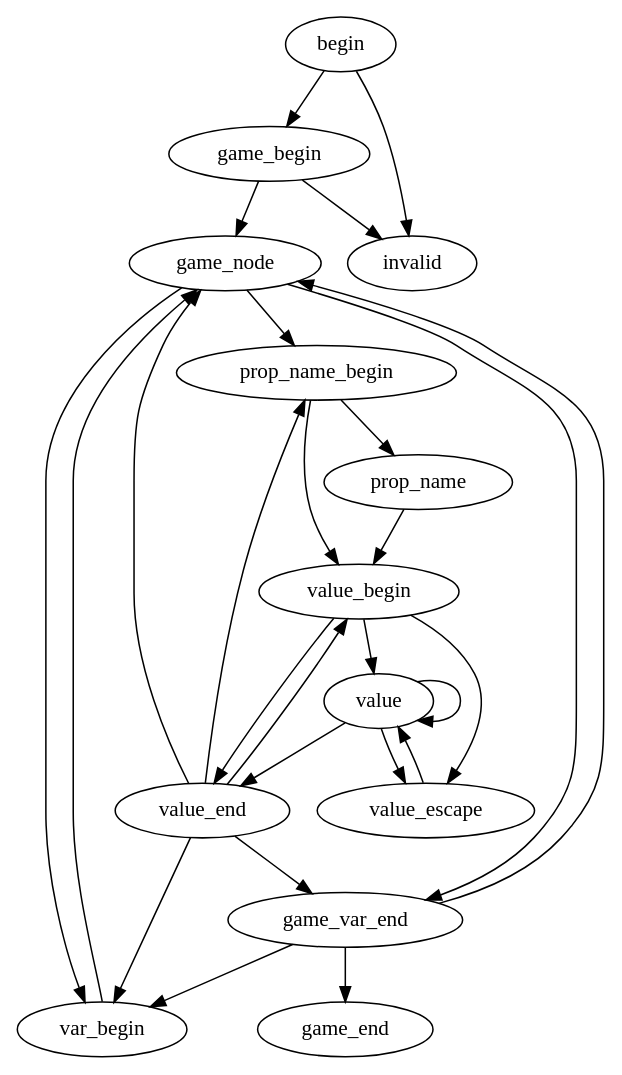
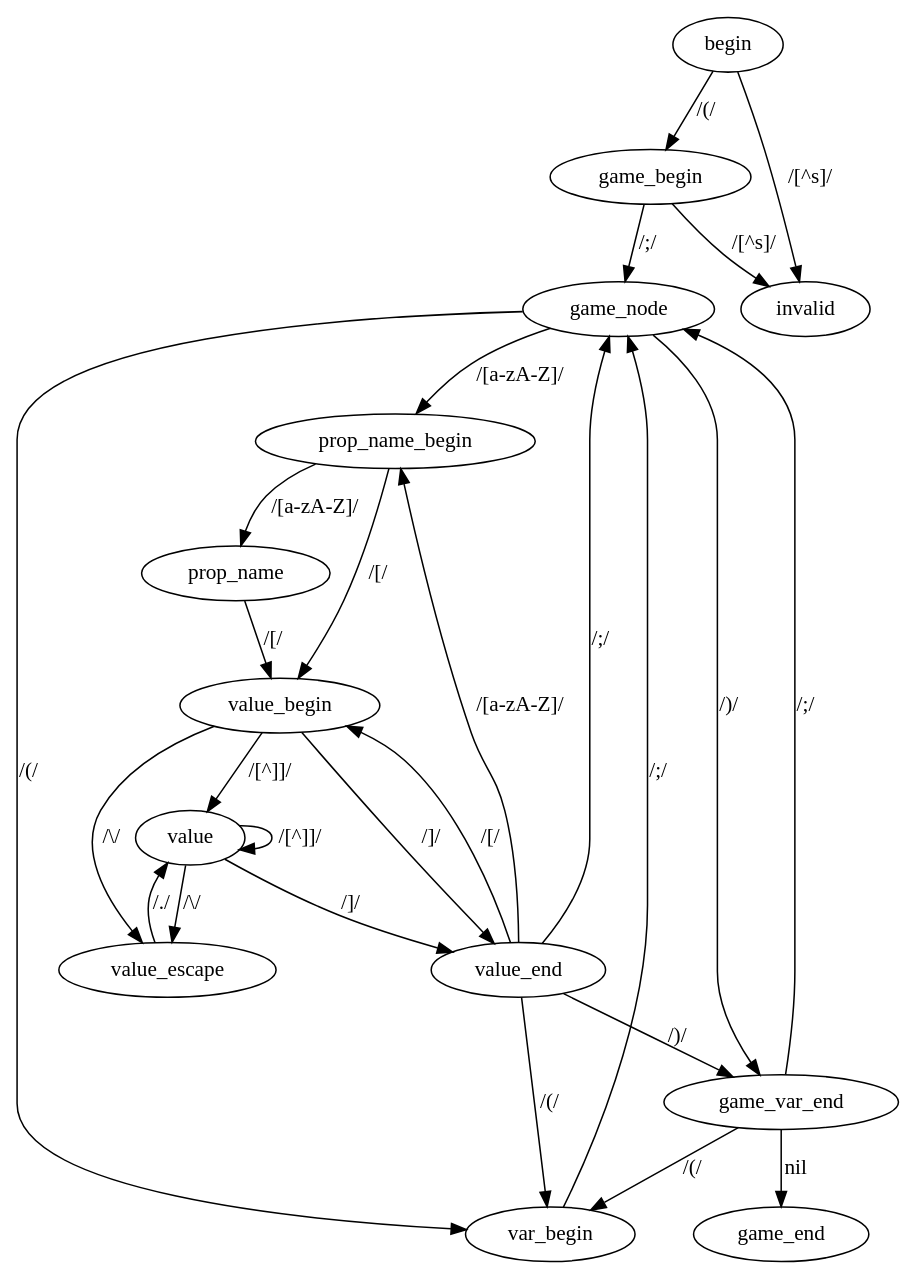
Before and after one commit to gcao/sgf_parser: the diagram in doc/sgf_state_machine.dot, drawn with Graphviz. The commit also changed 2 other files, not shown here.

```diff
--- a/doc/sgf_state_machine.dot
+++ b/doc/sgf_state_machine.dot
@@ -1,42 +1,41 @@
 digraph SGF_STATE_MACHINE {
-begin[];
+begin[rank = 0];
 value_end[];
 game_node[];
-value_end -> game_node[];
-var_begin[];
-value_end -> var_begin[];
+value_end -> game_node[label="/;/"];
+var_begin[rank = 2];
+value_end -> var_begin[label="/\(/"];
 prop_name_begin[];
-value_end -> prop_name_begin[];
+value_end -> prop_name_begin[label="/[a-zA-Z]/"];
 value_begin[];
-value_end -> value_begin[];
+value_end -> value_begin[label="/\[/"];
 game_var_end[];
-value_end -> game_var_end[];
-game_var_end -> game_node[];
-game_var_end -> var_begin[];
-game_end[];
-game_var_end -> game_end[];
+value_end -> game_var_end[label="/\)/"];
+game_var_end -> game_node[label="/;/"];
+game_var_end -> var_begin[label="/\(/"];
+game_end[rank = 100];
+game_var_end -> game_end[label="nil"];
 value[];
-value_begin -> value[];
+value_begin -> value[label="/[^\]]/"];
 value_escape[];
-value_begin -> value_escape[];
-value_begin -> value_end[];
-value -> value_escape[];
-value -> value[];
-value -> value_end[];
-game_node -> var_begin[];
-game_node -> prop_name_begin[];
-game_node -> game_var_end[];
-begin[];
-game_begin[];
-begin -> game_begin[];
-invalid[];
-begin -> invalid[];
+value_begin -> value_escape[label="/\\/"];
+value_begin -> value_end[label="/\]/"];
+value -> value_escape[label="/\\/"];
+value -> value[label="/[^\]]/"];
+value -> value_end[label="/\]/"];
+game_node -> var_begin[label="/\(/"];
+game_node -> prop_name_begin[label="/[a-zA-Z]/"];
+game_node -> game_var_end[label="/\)/"];
+game_begin[rank = 1];
+begin -> game_begin[label="/\(/"];
+invalid[rank = 100];
+begin -> invalid[label="/[^\s]/"];
 prop_name[];
-prop_name_begin -> prop_name[];
-prop_name_begin -> value_begin[];
-game_begin -> game_node[];
-game_begin -> invalid[];
-value_escape -> value[];
-var_begin -> game_node[];
-prop_name -> value_begin[];
+prop_name_begin -> prop_name[label="/[a-zA-Z]/"];
+prop_name_begin -> value_begin[label="/\[/"];
+game_begin -> game_node[label="/;/"];
+game_begin -> invalid[label="/[^\s]/"];
+value_escape -> value[label="/./"];
+var_begin -> game_node[label="/;/"];
+prop_name -> value_begin[label="/\[/"];
 }
```
